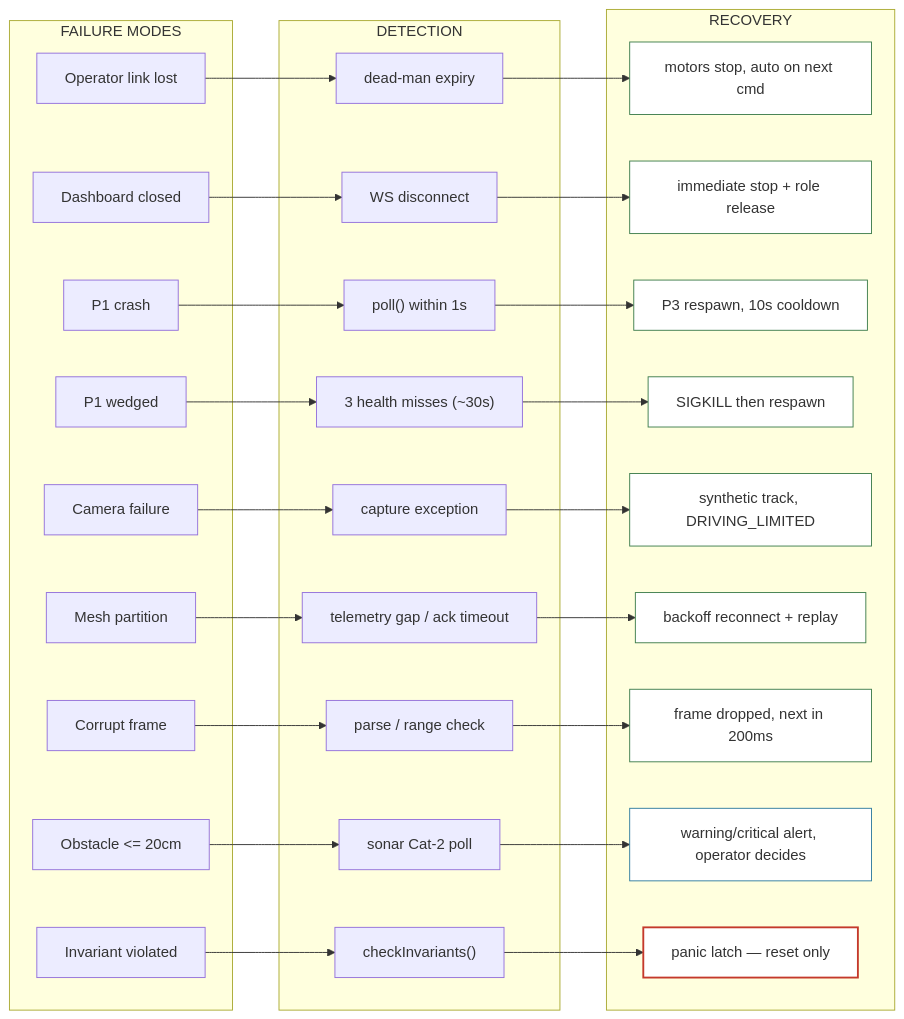
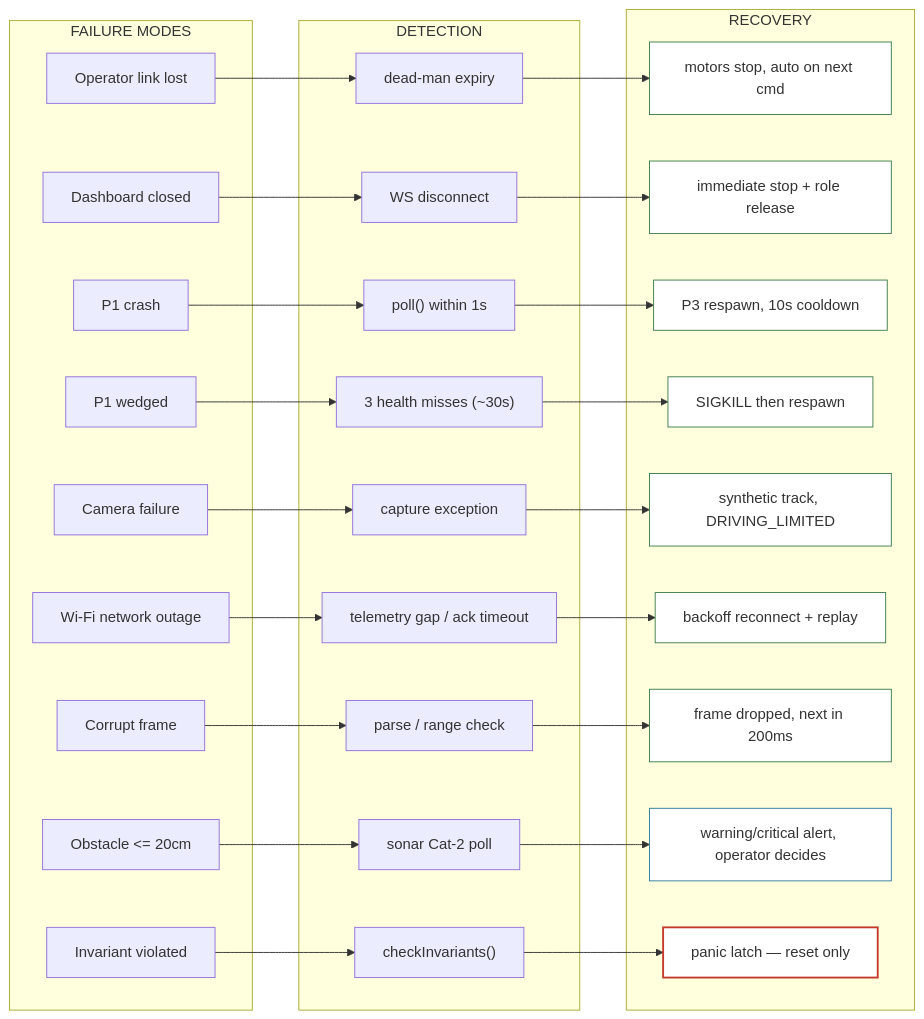
Before and after one commit to baiust999/robort-code-from-pi: diagram 11 of 16 in docs/ARCHITECTURE.md, drawn with Mermaid. The commit also changed other lines of this file and 24 other files, not shown here.

First line of the commit message:
Remove the mesh network; run on an ordinary local Wi-Fi network

````diff
--- a/docs/ARCHITECTURE.md
+++ b/docs/ARCHITECTURE.md
@@ -451,55 +449,55 @@
 ```mermaid
 flowchart LR
     subgraph faults["FAILURE MODES"]
         f1["Operator link lost"]
         f2["Dashboard closed"]
         f3["P1 crash"]
         f4["P1 wedged"]
         f5["Camera failure"]
-        f6["Mesh partition"]
+        f6["Wi-Fi network outage"]
         f7["Corrupt frame"]
         f8["Obstacle <= 20cm"]
         f9["Invariant violated"]
     end
 
     subgraph detect["DETECTION"]
         d1["dead-man expiry"]
         d2["WS disconnect"]
         d3["poll() within 1s"]
         d4["3 health misses (~30s)"]
         d5["capture exception"]
         d6["telemetry gap / ack timeout"]
         d7["parse / range check"]
         d8["sonar Cat-2 poll"]
         d9["checkInvariants()"]
     end
 
     subgraph recover["RECOVERY"]
         r1["motors stop, auto on next cmd"]
         r2["immediate stop + role release"]
         r3["P3 respawn, 10s cooldown"]
         r4["SIGKILL then respawn"]
         r5["synthetic track, DRIVING_LIMITED"]
         r6["backoff reconnect + replay"]
         r7["frame dropped, next in 200ms"]
         r8["warning/critical alert, operator decides"]
         r9["panic latch — reset only"]
     end
 
     f1-->d1-->r1
     f2-->d2-->r2
     f3-->d3-->r3
     f4-->d4-->r4
     f5-->d5-->r5
     f6-->d6-->r6
     f7-->d7-->r7
     f8-->d8-->r8
     f9-->d9-->r9
 
     classDef auto fill:#fff,stroke:#3E7D4C;
     classDef manual fill:#fff,stroke:#C4392B,stroke-width:2px;
     classDef advisory fill:#fff,stroke:#2F7C9E;
     class r1,r2,r3,r4,r5,r6,r7 auto;
     class r9 manual;
     class r8 advisory;
 ```
````
